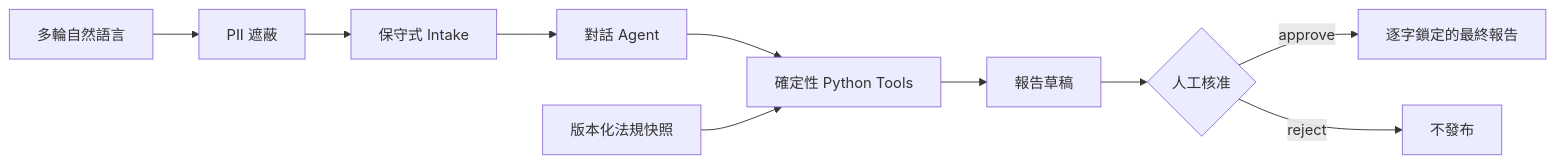
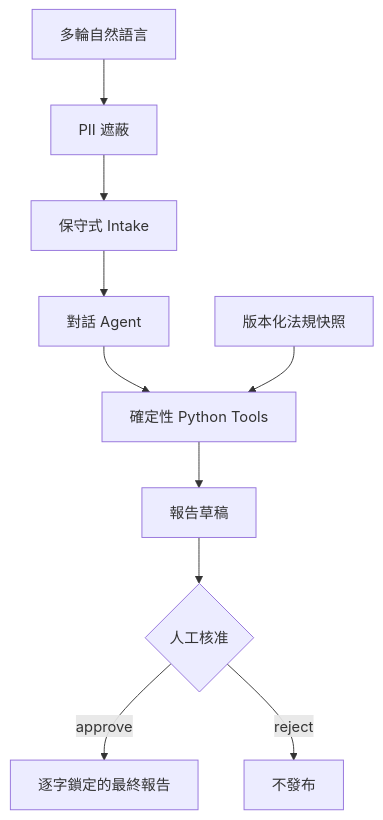
One commit to kuotunyu/ltc-benefit-agent changed the diagram in README.md. Above: the diagram before and after it, drawn with Mermaid.

Commit message:
docs(readme): 改為直式架構圖

````diff
--- a/README.md
+++ b/README.md
@@ -37,12 +37,12 @@
 ```mermaid
-flowchart LR
+flowchart TD
     U["多輪自然語言"] --> P["PII 遮蔽"]
     P --> I["保守式 Intake"]
     I --> A["對話 Agent"]
     A --> T["確定性 Python Tools"]
     T --> D["報告草稿"]
     D --> H{"人工核准"}
     H -- approve --> R["逐字鎖定的最終報告"]
     H -- reject --> X["不發布"]
     S["版本化法規快照"] --> T
 ```
````
